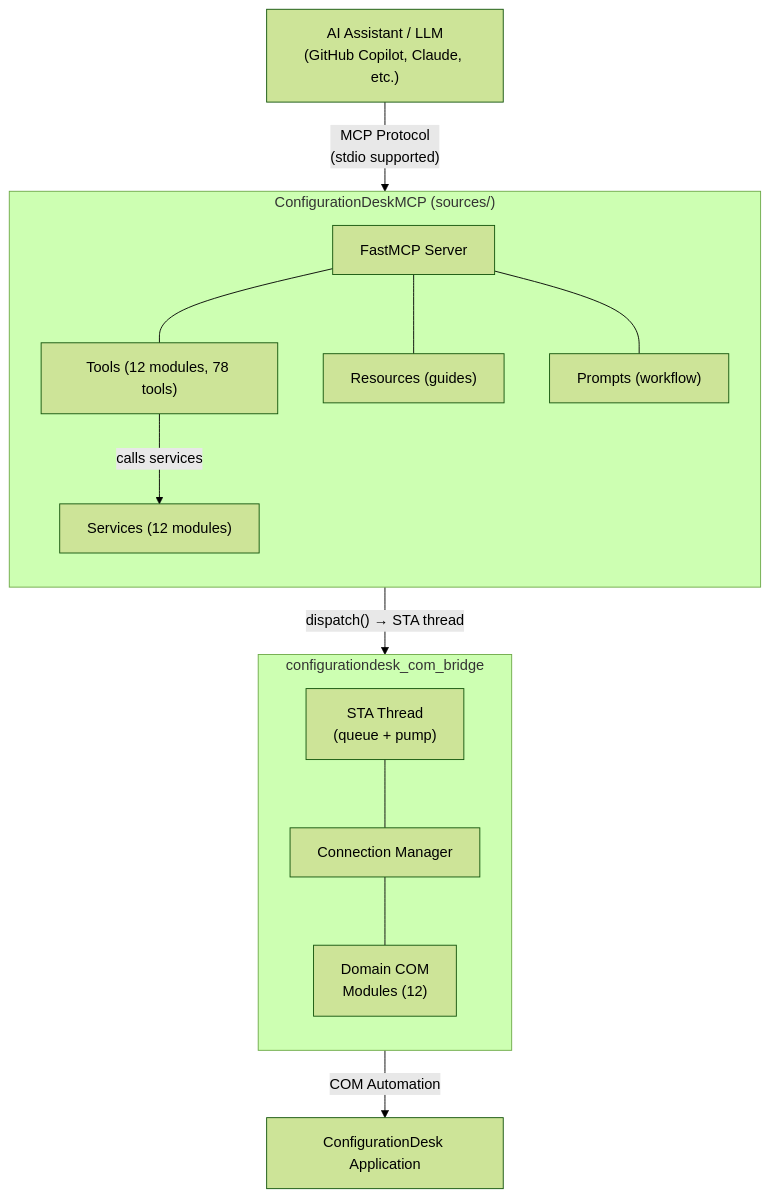
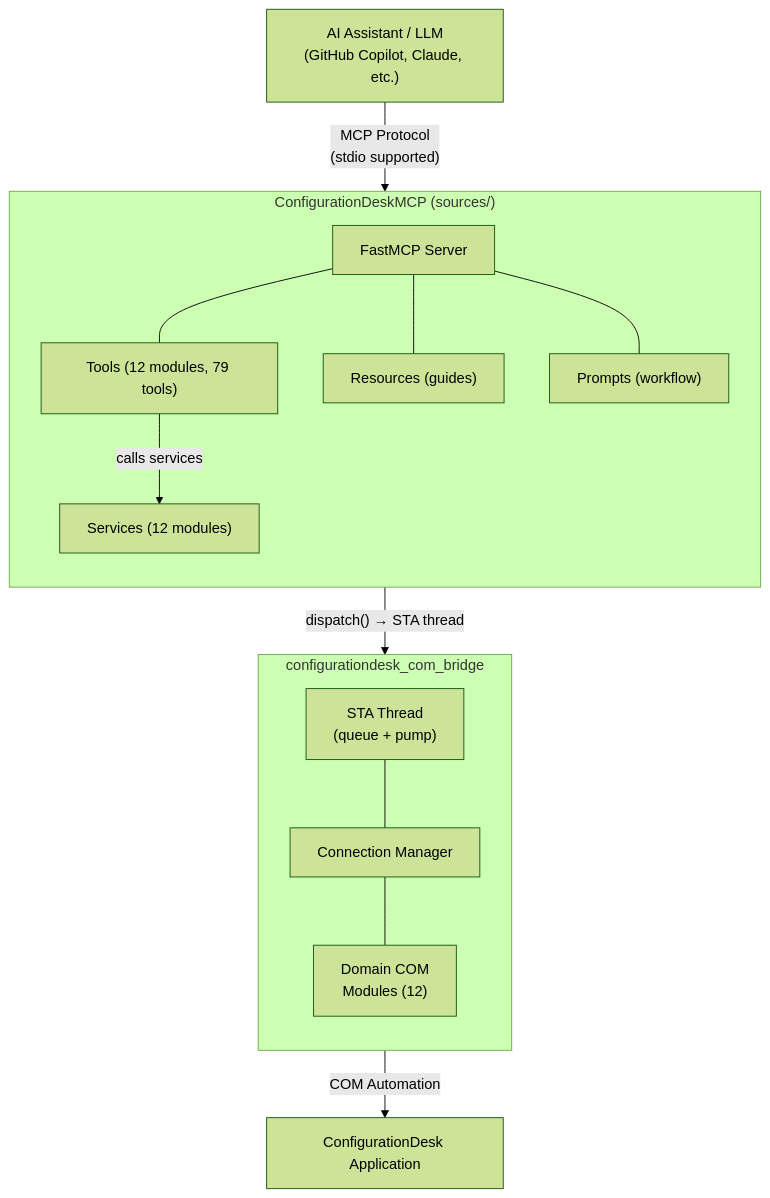
One commit to dspace-group/ConfigurationDeskBusManagerMCP changed the first of 2 diagrams in ARCHITECTURE.md. Above: the diagram before and after it, drawn with Mermaid (forest theme). The commit also changed other lines of this file and 18 other files, not shown here.

````diff
--- a/ARCHITECTURE.md
+++ b/ARCHITECTURE.md
@@ -20,27 +20,27 @@
 ```mermaid
 flowchart TB
     LLM["AI Assistant / LLM\n(GitHub Copilot, Claude, etc.)"]
     LLM -->|"MCP Protocol\n(stdio supported)"| Server
 
     subgraph MCP["ConfigurationDeskMCP  (sources/)"]
         direction TB
         Server["FastMCP Server"]
-        Tools["Tools (12 modules, 78 tools)"]
+        Tools["Tools (12 modules, 79 tools)"]
         Resources["Resources (guides)"]
         Prompts["Prompts (workflow)"]
         Services["Services (12 modules)"]
         Server --- Tools & Resources & Prompts
         Tools -->|"calls services"| Services
     end
 
     subgraph Bridge["configurationdesk_com_bridge"]
         direction TB
         STA["STA Thread\n(queue + pump)"]
         Conn["Connection Manager"]
         Domains["Domain COM\nModules (12)"]
         STA --- Conn --- Domains
     end
 
     Services -->|"dispatch() → STA thread"| Bridge
     Bridge -->|"COM Automation"| CD["ConfigurationDesk Application"]
 ```
````
